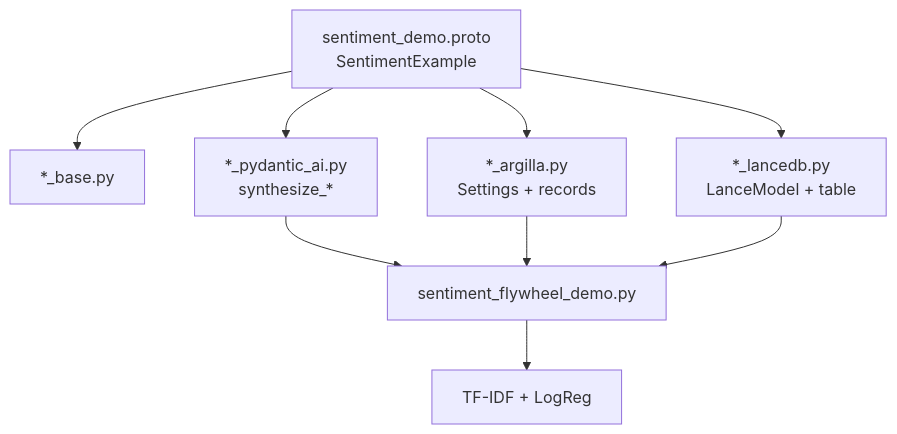
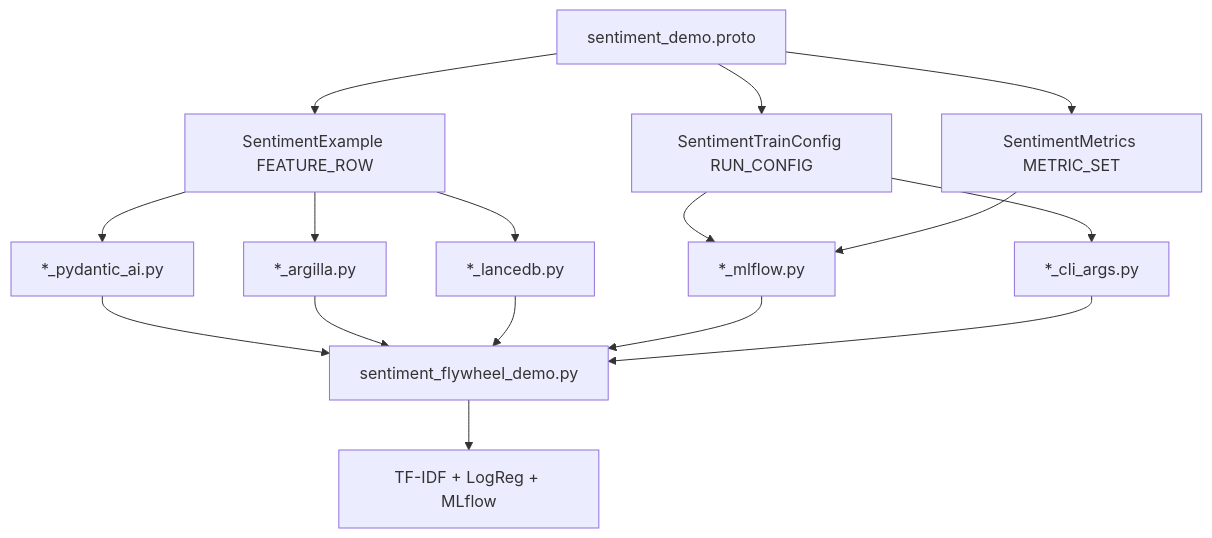
Before and after one commit to jostosh/py-gen-ml: the first of 2 diagrams in docs/example_projects/sentiment_flywheel.md, drawn with Mermaid. The commit also changed other lines of this file and 48 other files, not shown here.

````diff
--- a/docs/example_projects/sentiment_flywheel.md
+++ b/docs/example_projects/sentiment_flywheel.md
@@ -16,12 +18,19 @@
 ```mermaid
 flowchart TB
-  proto["sentiment_demo.proto<br/>SentimentExample"]
-  proto --> base["*_base.py"]
-  proto --> pai["*_pydantic_ai.py<br/>synthesize_*"]
-  proto --> arg["*_argilla.py<br/>Settings + records"]
-  proto --> lance["*_lancedb.py<br/>LanceModel + table"]
+  proto["sentiment_demo.proto"]
+  proto --> row["SentimentExample FEATURE_ROW"]
+  proto --> cfg["SentimentTrainConfig RUN_CONFIG"]
+  proto --> met["SentimentMetrics METRIC_SET"]
+  row --> pai["*_pydantic_ai.py"]
+  row --> arg["*_argilla.py"]
+  row --> lance["*_lancedb.py"]
+  cfg --> mlflow["*_mlflow.py"]
+  cfg --> cli["*_cli_args.py"]
+  met --> mlflow
   pai --> run["sentiment_flywheel_demo.py"]
   arg --> run
   lance --> run
-  run --> train["TF-IDF + LogReg"]
+  mlflow --> run
+  cli --> run
+  run --> train["TF-IDF + LogReg + MLflow"]
 ```
````
